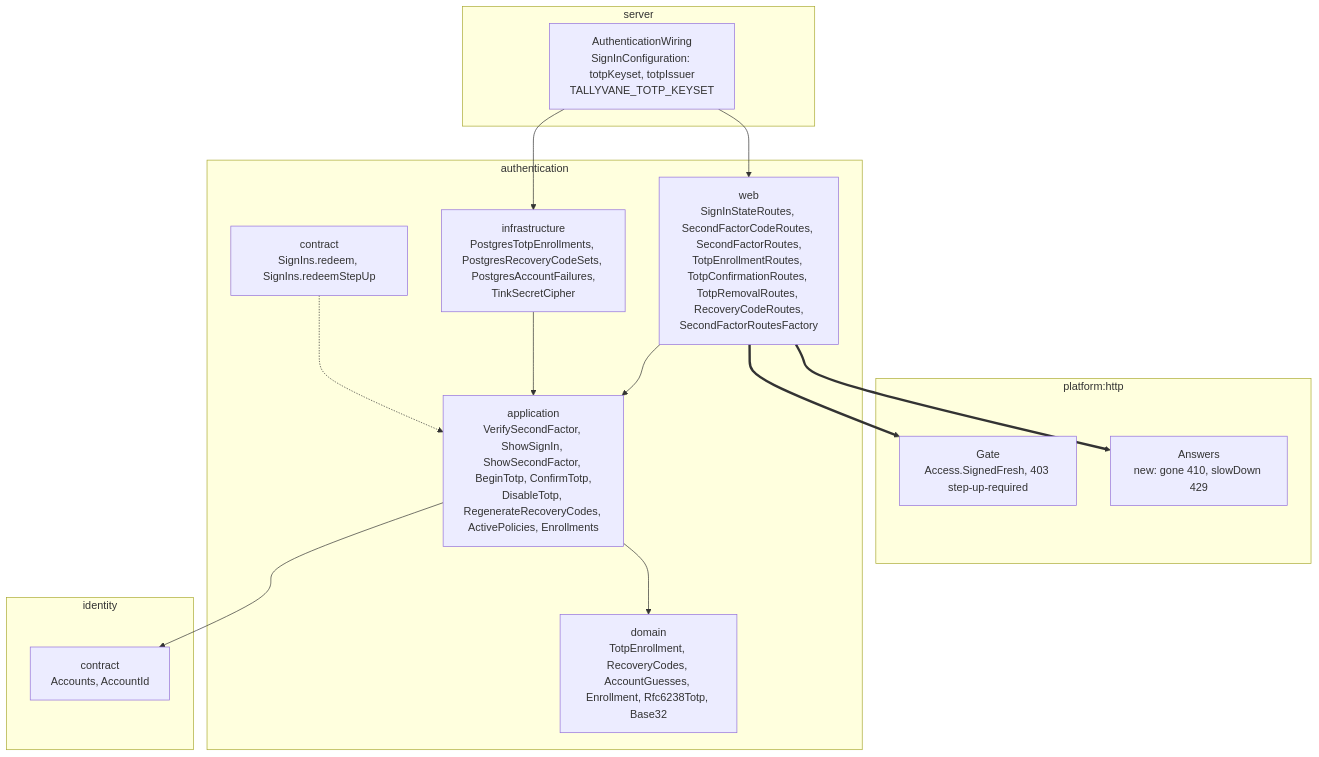
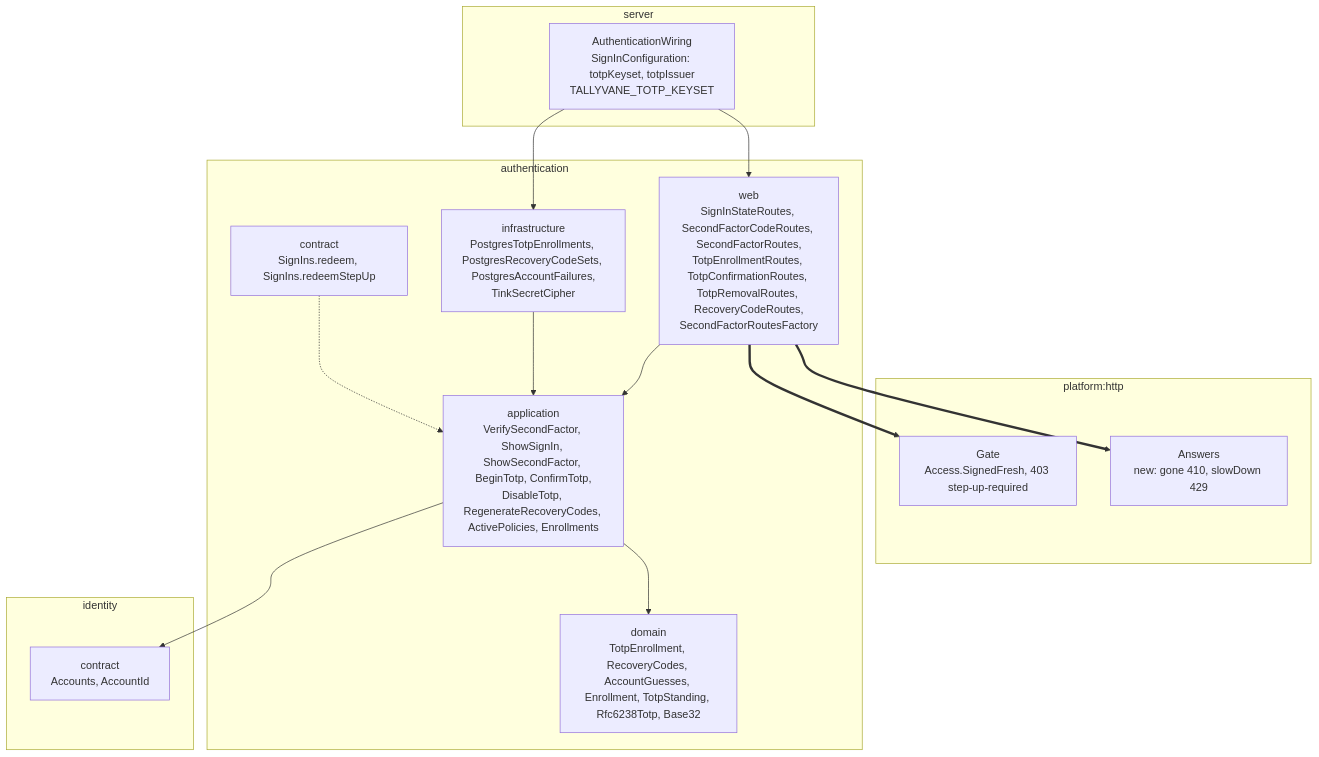
One commit to yuriisurzhykov/Tallyvane changed the fourth of 7 diagrams in docs/backend/03-authentication-slice-5b-totp.md. Above: the diagram before and after it, drawn with Mermaid. The commit also changed other lines of this file and 6 other files, not shown here.

````diff
--- a/docs/backend/03-authentication-slice-5b-totp.md
+++ b/docs/backend/03-authentication-slice-5b-totp.md
@@ -118,29 +142,29 @@
 ```mermaid
 flowchart TB
     subgraph http [platform:http]
         gate["Gate<br/>Access.SignedFresh, 403 step-up-required"]
         answers["Answers<br/>new: gone 410, slowDown 429"]
     end
     subgraph authn [authentication]
         aweb["web<br/>SignInStateRoutes, SecondFactorCodeRoutes, SecondFactorRoutes,<br/>TotpEnrollmentRoutes, TotpConfirmationRoutes, TotpRemovalRoutes, RecoveryCodeRoutes,<br/>SecondFactorRoutesFactory"]
         aapp["application<br/>VerifySecondFactor, ShowSignIn, ShowSecondFactor, BeginTotp, ConfirmTotp,<br/>DisableTotp, RegenerateRecoveryCodes, ActivePolicies, Enrollments"]
         acon["contract<br/>SignIns.redeem, SignIns.redeemStepUp"]
-        adom["domain<br/>TotpEnrollment, RecoveryCodes, AccountGuesses, Enrollment, Rfc6238Totp, Base32"]
+        adom["domain<br/>TotpEnrollment, RecoveryCodes, AccountGuesses, Enrollment, TotpStanding, Rfc6238Totp, Base32"]
         ainf["infrastructure<br/>PostgresTotpEnrollments, PostgresRecoveryCodeSets, PostgresAccountFailures,<br/>TinkSecretCipher"]
     end
     subgraph ident [identity]
         icon["contract<br/>Accounts, AccountId"]
     end
     subgraph server [server]
         wiring["AuthenticationWiring<br/>SignInConfiguration: totpKeyset, totpIssuer<br/>TALLYVANE_TOTP_KEYSET"]
     end
     aweb ==> gate
     aweb ==> answers
     aweb --> aapp
     aapp --> adom
     aapp --> icon
     ainf --> aapp
     acon -.-> aapp
     wiring --> ainf
     wiring --> aweb
 ```
````
